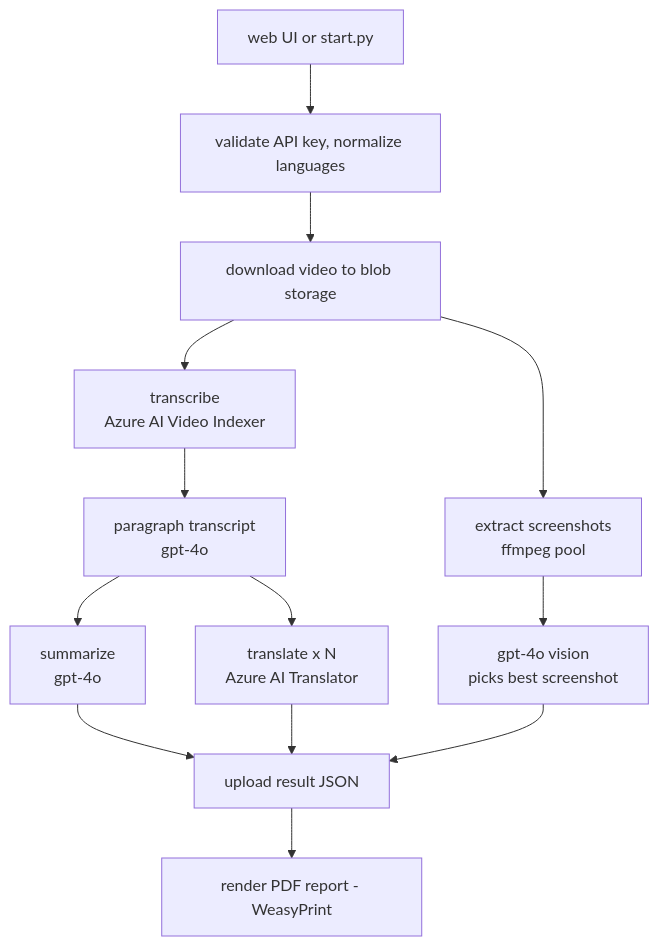
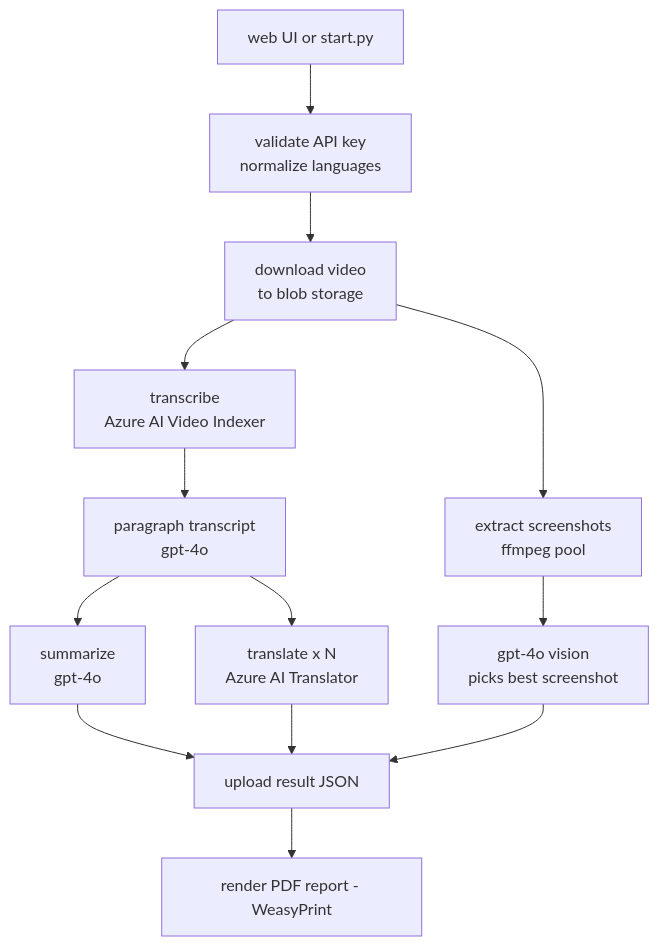
The first of 2 diagrams in README.md (chrisumbel/temporal-video-translator), drawn with Mermaid before and after one commit. The commit also changed other lines of this file and 23 other files, not shown here.

````diff
--- a/README.md
+++ b/README.md
@@ -17,15 +19,15 @@
 ```mermaid
 flowchart TD
-    submit[web UI or start.py ] --> validate[validate API key, normalize languages]
-    validate --> download[download video to blob storage]
+    submit[web UI or start.py ] --> validate[validate API key<br>normalize languages]
+    validate --> download[download video<br>to blob storage]
     download --> transcribe[transcribe<br>Azure AI Video Indexer]
     download --> shots[extract screenshots<br>ffmpeg pool]
     shots --> pick[gpt-4o vision<br>picks best screenshot]
     transcribe --> para[paragraph transcript<br>gpt-4o]
     para --> summarize[summarize<br>gpt-4o]
     para --> translate[translate x N<br>Azure AI Translator]
     summarize --> upload[upload result JSON]
     translate --> upload
     pick --> upload
     upload --> pdf[render PDF report - WeasyPrint]
 ```
````
